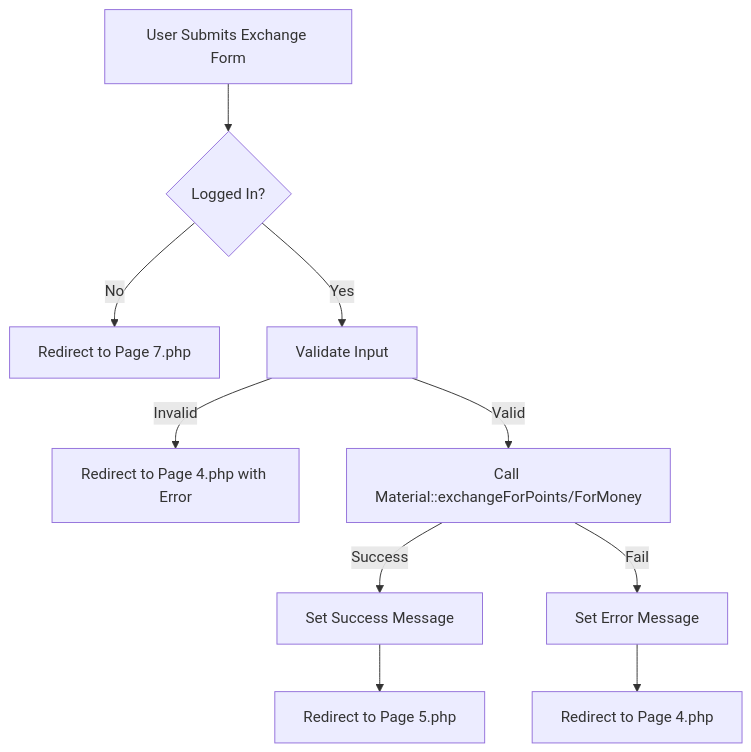
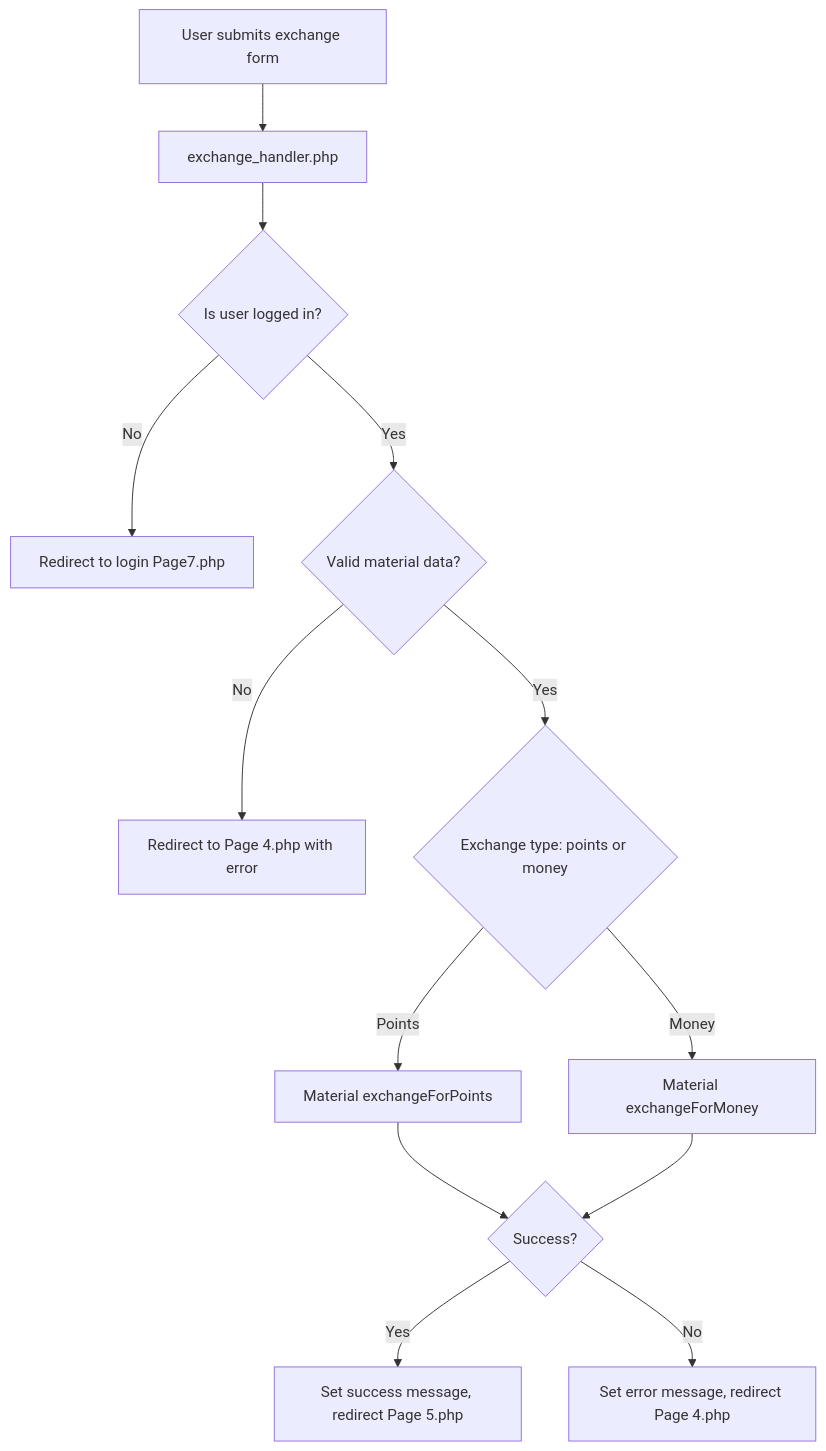
Before and after one commit to Omar-Issa1/Recycling_Project: the second of 4 diagrams in readme.md, drawn with Mermaid. The commit also changed other lines of this file, not shown here.

````diff
--- a/readme.md
+++ b/readme.md
@@ -111,10 +308,14 @@
 ```mermaid
 flowchart TD
-    A[User Submits Exchange Form] --> B{Logged In?}
-    B -- No --> C[Redirect to Page 7.php]
-    B -- Yes --> D[Validate Input]
-    D -- Invalid --> E[Redirect to Page 4.php with Error]
-    D -- Valid --> F[Call Material::exchangeForPoints/ForMoney]
-    F -- Success --> G[Set Success Message] --> H[Redirect to Page 5.php]
-    F -- Fail --> I[Set Error Message] --> J[Redirect to Page 4.php]
+    A[User submits exchange form] --> B[exchange_handler.php]
+    B --> C{Is user logged in?}
+    C -- No --> D[Redirect to login Page7.php]
+    C -- Yes --> E{Valid material data?}
+    E -- No --> F[Redirect to Page 4.php with error]
+    E -- Yes --> G{Exchange type: points or money}
+    G -- Points --> H[Material exchangeForPoints]
+    G -- Money --> I[Material exchangeForMoney]
+    H & I --> J{Success?}
+    J -- Yes --> K[Set success message, redirect Page 5.php]
+    J -- No --> L[Set error message, redirect Page 4.php]
 ```
````
